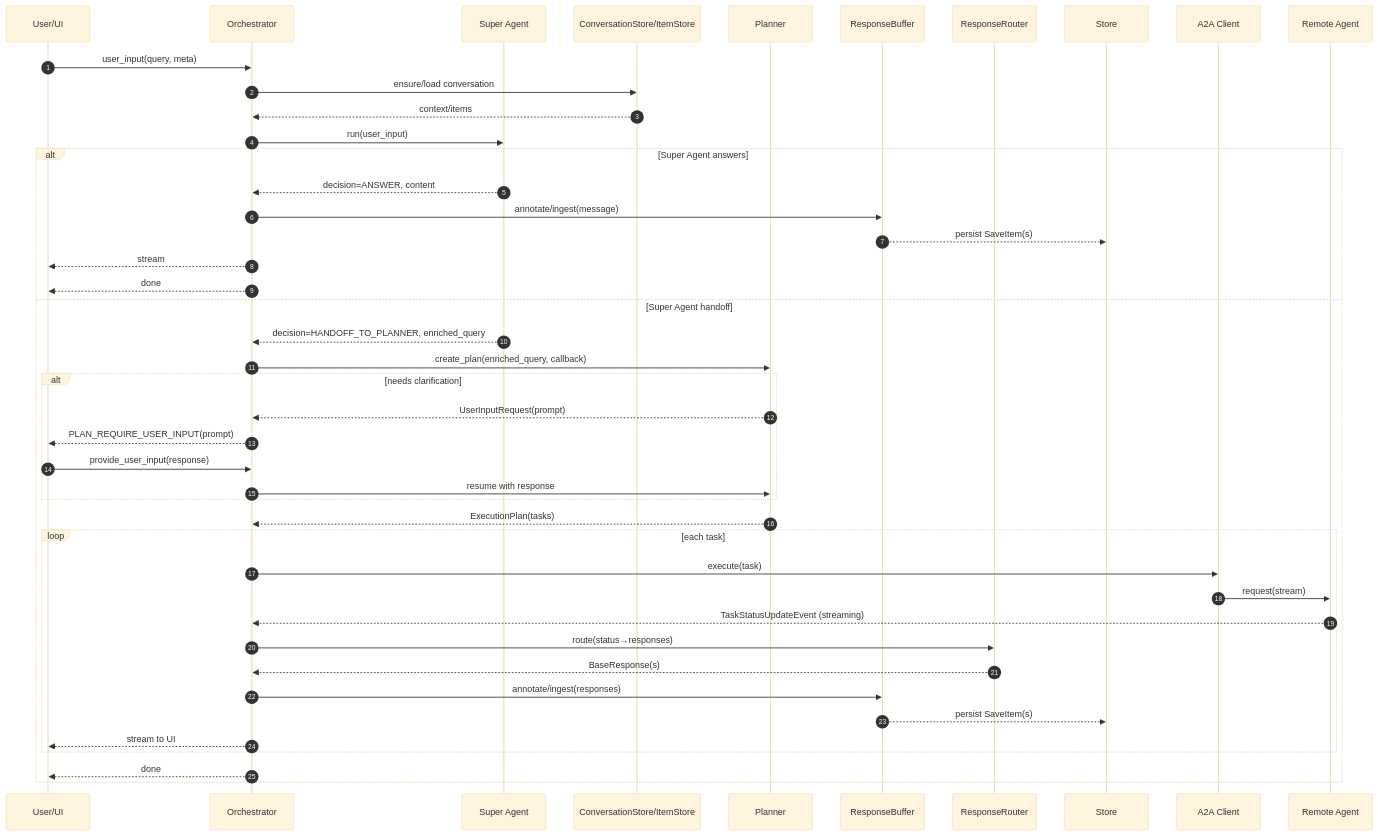
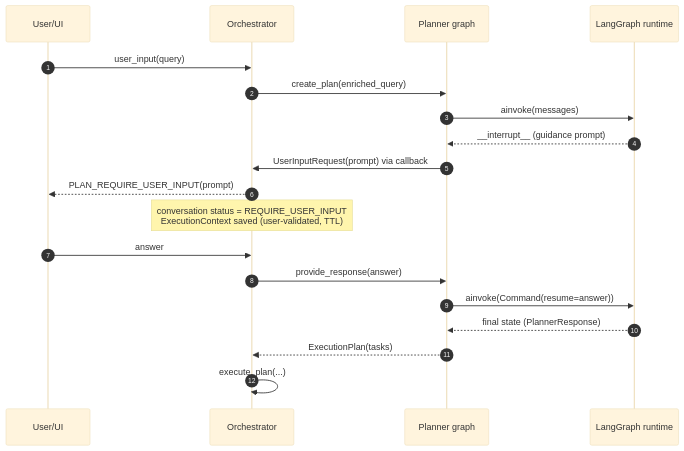
One commit to DevloperAmanSingh/quantcell changed the second of 2 diagrams in docs/CORE_ARCHITECTURE.md. Above: the diagram before and after it, drawn with Mermaid (base theme). The commit also changed other lines of this file and 2 other files, not shown here.

Commit message:
docs: langgraph architecture story in README and core docs

````diff
--- a/docs/CORE_ARCHITECTURE.md
+++ b/docs/CORE_ARCHITECTURE.md
@@ -108,47 +122,22 @@
 ```mermaid
 sequenceDiagram
   autonumber
   participant U as User/UI
   participant O as Orchestrator
-  participant SA as Super Agent
-  participant CS as ConversationStore/ItemStore
-  participant P as Planner
-  participant RB as ResponseBuffer
-  participant RR as ResponseRouter
-  participant ST as Store
-  participant A2A as A2A Client
-  participant RA as Remote Agent
+  participant P as Planner graph
+  participant G as LangGraph runtime
 
-  U->>O: user_input(query, meta)
-  O->>CS: ensure/load conversation
-  CS-->>O: context/items
-  O->>SA: run(user_input)
-  alt Super Agent answers
-    SA-->>O: decision=ANSWER, content
-    O->>RB: annotate/ingest(message)
-    RB-->>ST: persist SaveItem(s)
-    O-->>U: stream
-    O-->>U: done
-  else Super Agent handoff
-    SA-->>O: decision=HANDOFF_TO_PLANNER, enriched_query
-    O->>P: create_plan(enriched_query, callback)
-    alt needs clarification
-      P-->>O: UserInputRequest(prompt)
-      O-->>U: PLAN_REQUIRE_USER_INPUT(prompt)
-      U->>O: provide_user_input(response)
-      O->>P: resume with response
-    end
-    P-->>O: ExecutionPlan(tasks)
-    loop each task
-      O->>A2A: execute(task)
-      A2A->>RA: request(stream)
-      RA-->>O: TaskStatusUpdateEvent (streaming)
-      O->>RR: route(status→responses)
-      RR-->>O: BaseResponse(s)
-      O->>RB: annotate/ingest(responses)
-      RB-->>ST: persist SaveItem(s)
-      O-->>U: stream to UI
-    end
-    O-->>U: done
-  end
+  U->>O: user_input(query)
+  O->>P: create_plan(enriched_query)
+  P->>G: ainvoke(messages)
+  G-->>P: __interrupt__ (guidance prompt)
+  P->>O: UserInputRequest(prompt) via callback
+  O-->>U: PLAN_REQUIRE_USER_INPUT(prompt)
+  Note over O: conversation status = REQUIRE_USER_INPUT<br/>ExecutionContext saved (user-validated, TTL)
+  U->>O: answer
+  O->>P: provide_response(answer)
+  P->>G: ainvoke(Command(resume=answer))
+  G-->>P: final state (PlannerResponse)
+  P-->>O: ExecutionPlan(tasks)
+  O->>O: execute_plan(...)
 ```
````
